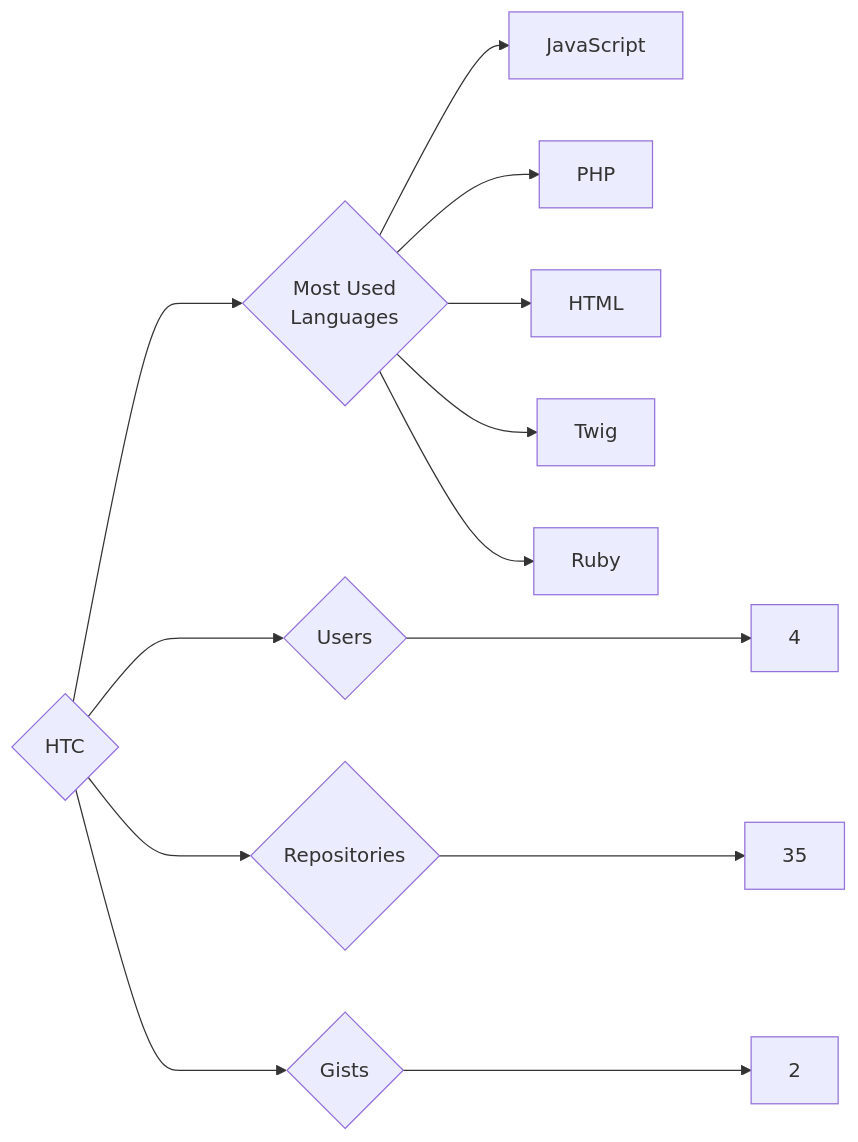
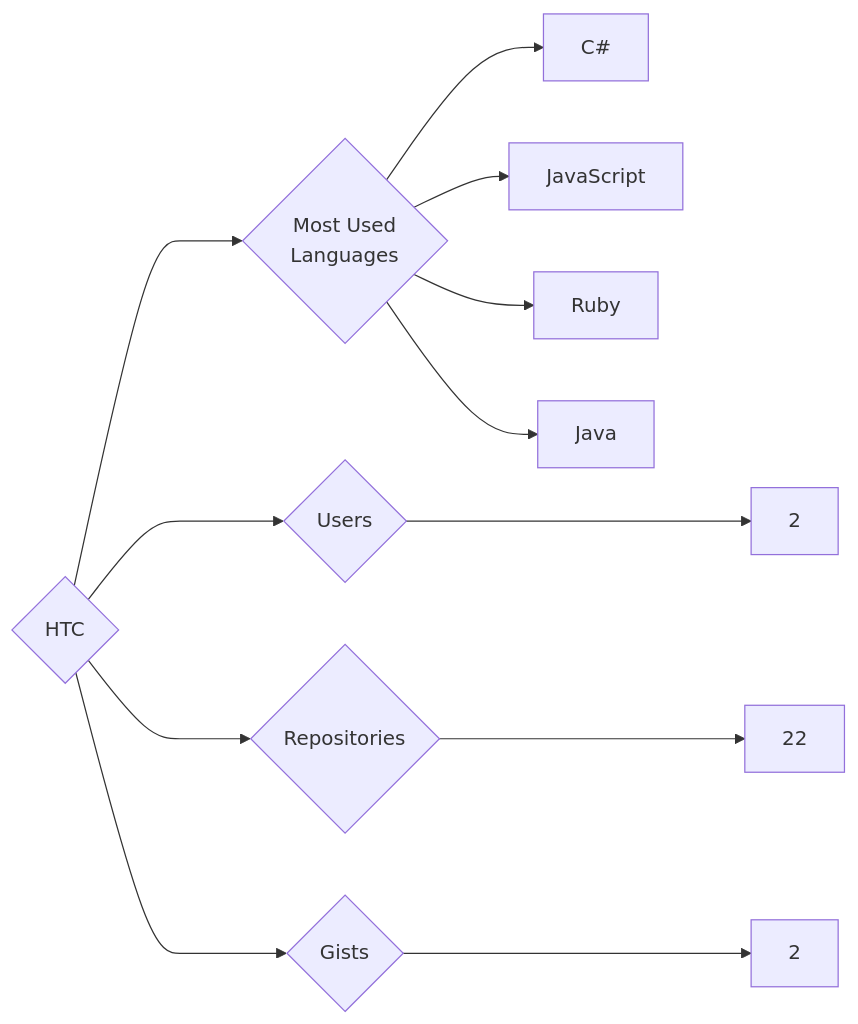
One commit to trickest/insiders changed the diagram in targets/HTC/README.md. Above: the diagram before and after it, drawn with Mermaid. The commit also changed 693 other files, not shown here.

````diff
--- a/targets/HTC/README.md
+++ b/targets/HTC/README.md
@@ -3,13 +3,12 @@
 ```mermaid
 graph LR
 COMPANY_NAME{HTC}
-COMPANY_NAME ---> U{Users} ---> UN[4]
-COMPANY_NAME ---> R{Repositories} ---> RN[35]
+COMPANY_NAME ---> U{Users} ---> UN[2]
+COMPANY_NAME ---> R{Repositories} ---> RN[22]
 COMPANY_NAME ---> G{Gists} ---> GN[2]
 COMPANY_NAME ---> ML{Most Used<br>Languages}
+ML --> C#[C#]
 ML --> JavaScript[JavaScript]
-ML --> PHP[PHP]
-ML --> HTML[HTML]
-ML --> Twig[Twig]
 ML --> Ruby[Ruby]
+ML --> Java[Java]
 ```
````
